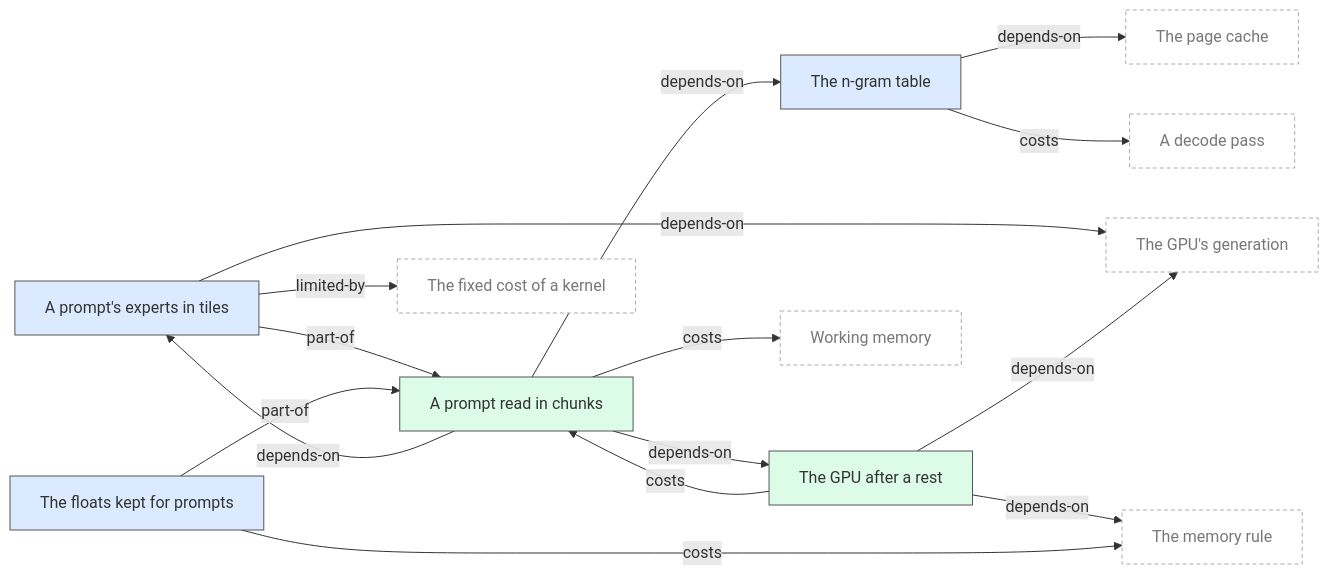
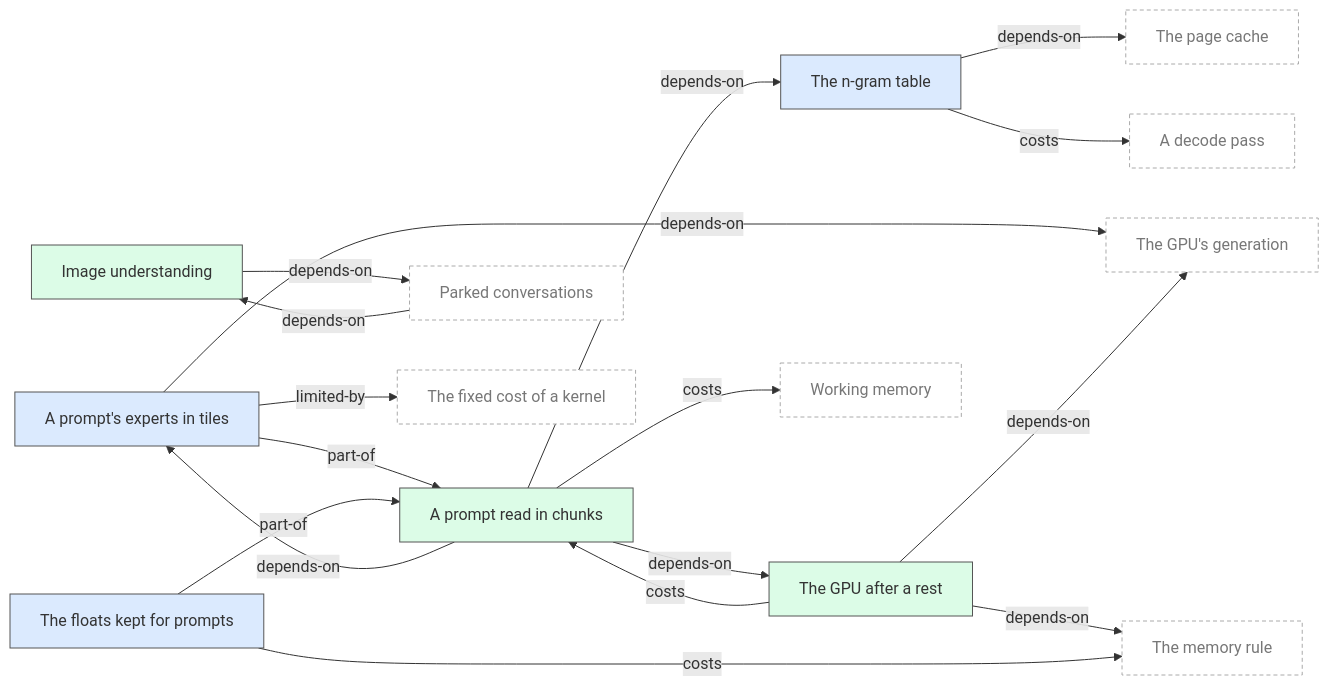
Before and after one commit to cantrellsolutions/strata-mlx: the fourth of 7 diagrams in docs/wiki/graph.md, drawn with Mermaid. The commit also changed other lines of this file and 47 other files, not shown here.

````diff
--- a/docs/wiki/graph.md
+++ b/docs/wiki/graph.md
@@ -247,34 +249,38 @@
 ```mermaid
 flowchart LR
   expert_tiles["A prompt's experts in tiles"]
   gpu_idle["The GPU after a rest"]
+  image_understanding["Image understanding"]
   kept_floats["The floats kept for prompts"]
   ngram_table["The n-gram table"]
   prompt_chunk["A prompt read in chunks"]
+  conversation_parking["Parked conversations"]
   decode_pass["A decode pass"]
   gpu_generation["The GPU's generation"]
   kernel_fixed_cost["The fixed cost of a kernel"]
   memory_rule["The memory rule"]
   page_cache["The page cache"]
   working_memory["Working memory"]
+  conversation_parking -- depends-on --> image_understanding
   expert_tiles -- part-of --> prompt_chunk
   expert_tiles -- limited-by --> kernel_fixed_cost
   expert_tiles -- depends-on --> gpu_generation
   gpu_idle -- costs --> prompt_chunk
   gpu_idle -- depends-on --> gpu_generation
   gpu_idle -- depends-on --> memory_rule
+  image_understanding -- depends-on --> conversation_parking
   kept_floats -- costs --> memory_rule
   kept_floats -- part-of --> prompt_chunk
   ngram_table -- depends-on --> page_cache
   ngram_table -- costs --> decode_pass
   prompt_chunk -- depends-on --> expert_tiles
   prompt_chunk -- depends-on --> ngram_table
   prompt_chunk -- costs --> working_memory
   prompt_chunk -- depends-on --> gpu_idle
   classDef component fill:#dbeafe,stroke:#555
   class expert_tiles,kept_floats,ngram_table component
   classDef mechanism fill:#dcfce7,stroke:#555
-  class gpu_idle,prompt_chunk mechanism
+  class gpu_idle,image_understanding,prompt_chunk mechanism
   classDef elsewhere fill:#ffffff,stroke:#aaa,stroke-dasharray:4 3,color:#777
-  class decode_pass,gpu_generation,kernel_fixed_cost,memory_rule,page_cache,working_memory elsewhere
+  class conversation_parking,decode_pass,gpu_generation,kernel_fixed_cost,memory_rule,page_cache,working_memory elsewhere
 ```
````
